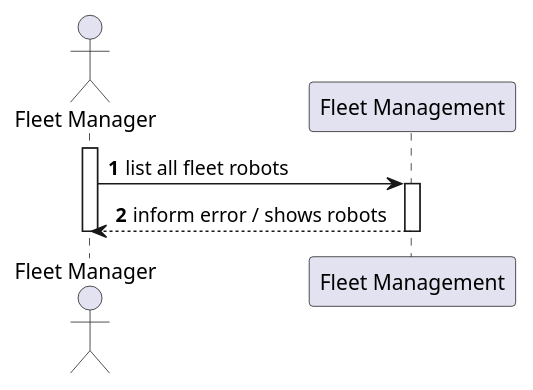
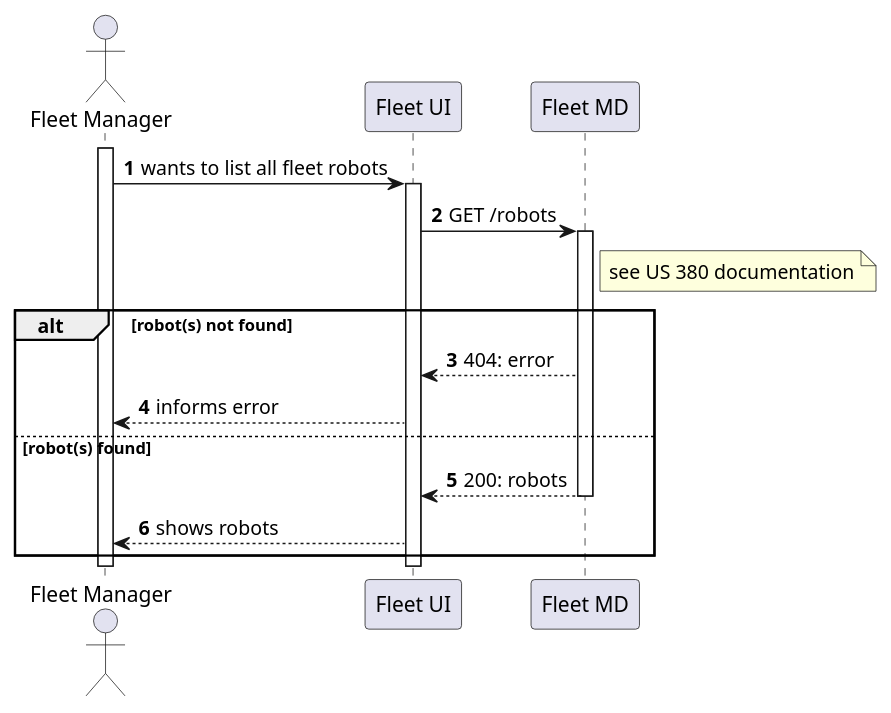
One commit to Departamento-de-Engenharia-Informatica/lapr5-23-24-g19 changed the diagram in docs/us1030/level2/process-view.puml. Above: the diagram before and after it, drawn with PlantUML. The commit also changed 11 other files, not shown here.

```diff
--- a/docs/us1030/level2/process-view.puml
+++ b/docs/us1030/level2/process-view.puml
@@ -1,17 +1,31 @@
 @startuml
 autonumber
 
 actor "Fleet Manager" as usr
 
-participant "Fleet Management" as mng
+participant "Fleet UI" as ui
+
+'TODO: call it just 'MD'?
+participant "Fleet MD" as md
 
 activate usr
-    usr -> mng : list all fleet robots
-    activate mng
-        mng --> usr : inform error / shows robots
-    deactivate mng
+    usr -> ui : wants to list all fleet robots
+    activate ui
 
+    ui -> md: GET /robots
+    activate md
+    note right of md : see US 380 documentation
 
+    alt robot(s) not found
+        md --> ui : 404: error
+        ui --> usr: informs error
+    else robot(s) found
+        md --> ui: 200: robots
+    deactivate md
+        ui --> usr : shows robots
+
+        end
+    deactivate ui
 deactivate usr
 
 @enduml
```
